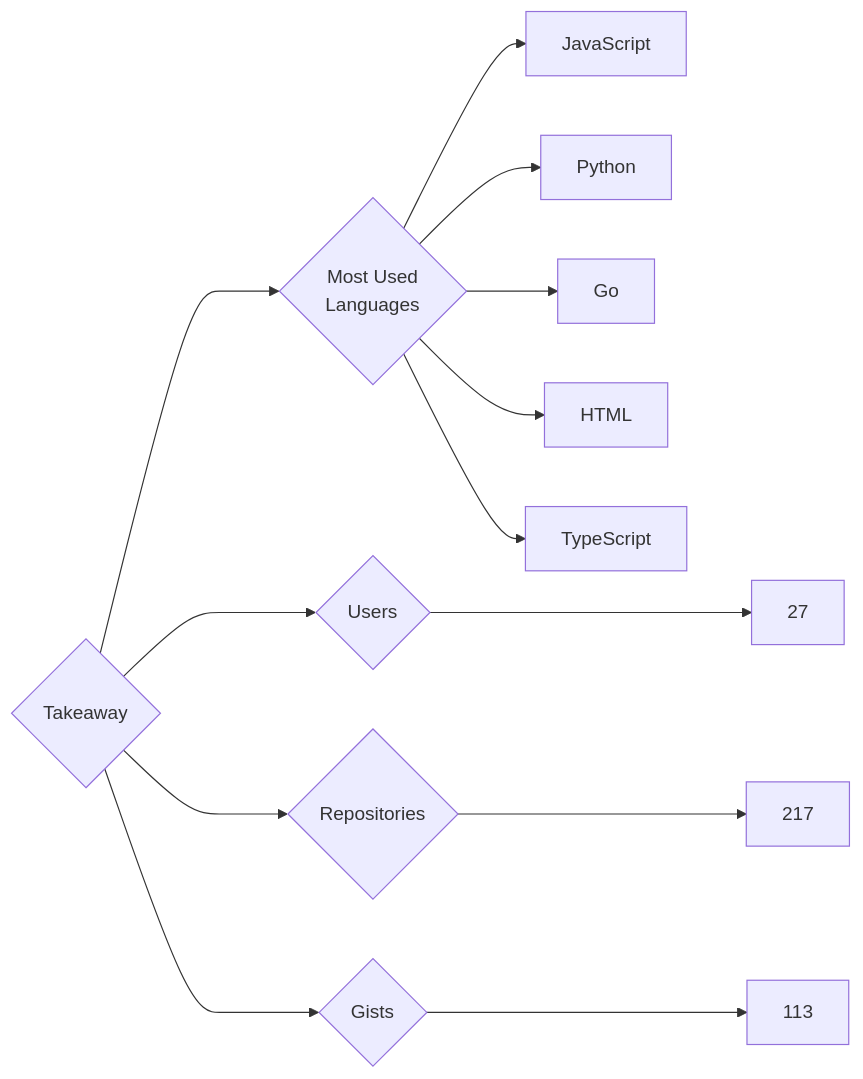
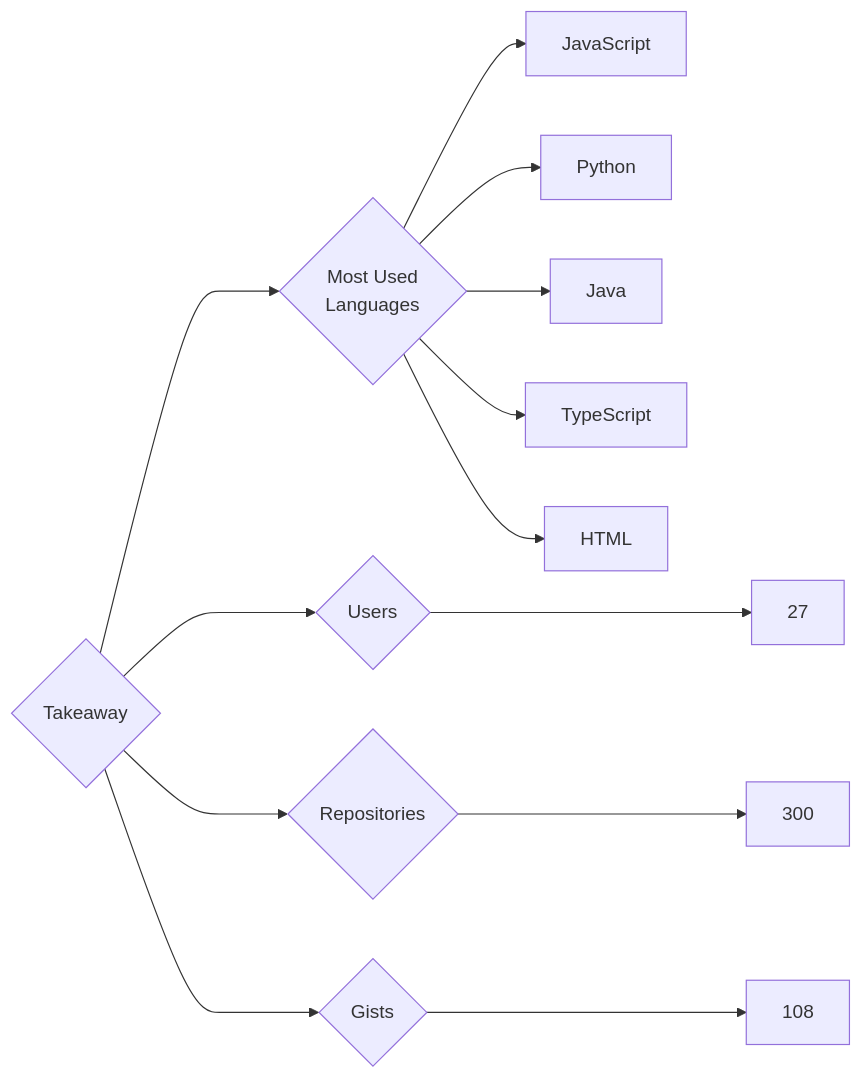
Before and after one commit to trickest/insiders: the diagram in targets/Takeaway/README.md, drawn with Mermaid. The commit also changed 851 other files, not shown here.

````diff
--- a/targets/Takeaway/README.md
+++ b/targets/Takeaway/README.md
@@ -3,13 +3,13 @@
 ```mermaid
 graph LR
 COMPANY_NAME{Takeaway}
 COMPANY_NAME ---> U{Users} ---> UN[27]
-COMPANY_NAME ---> R{Repositories} ---> RN[217]
-COMPANY_NAME ---> G{Gists} ---> GN[113]
+COMPANY_NAME ---> R{Repositories} ---> RN[300]
+COMPANY_NAME ---> G{Gists} ---> GN[108]
 COMPANY_NAME ---> ML{Most Used<br>Languages}
 ML --> JavaScript[JavaScript]
 ML --> Python[Python]
-ML --> Go[Go]
+ML --> Java[Java]
+ML --> TypeScript[TypeScript]
 ML --> HTML[HTML]
-ML --> TypeScript[TypeScript]
 ```
````
